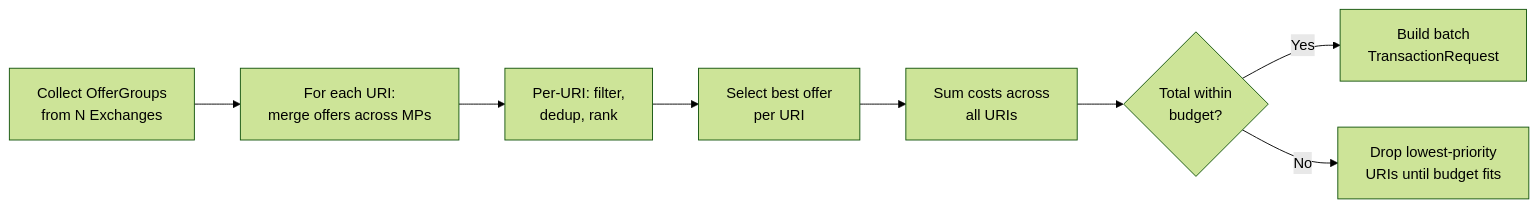
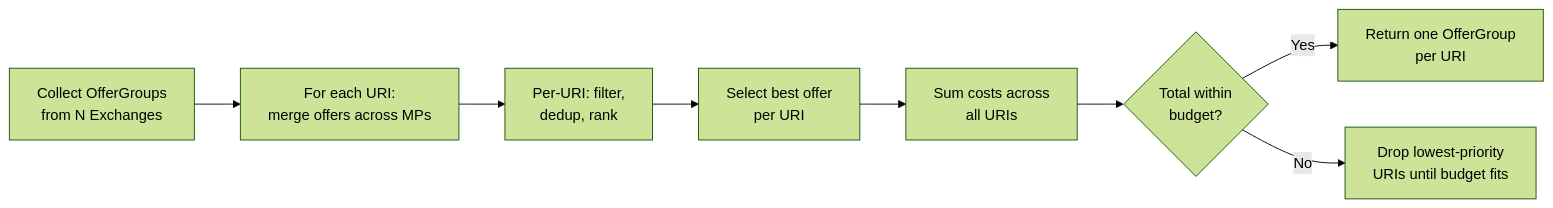
Before and after one commit to FORA-Protocol/protocol: the third of 4 diagrams in website/src/content/docs/components/broker/selection-engine.mdx, drawn with Mermaid (forest theme). The commit also changed other lines of this file and 23 other files, not shown here.

````diff
--- a/website/src/content/docs/components/broker/selection-engine.mdx
+++ b/website/src/content/docs/components/broker/selection-engine.mdx
@@ -166,10 +166,10 @@
 ```mermaid
 graph LR
     A[Collect OfferGroups<br/>from N Exchanges] --> B[For each URI:<br/>merge offers across MPs]
     B --> C[Per-URI: filter,<br/>dedup, rank]
     C --> D[Select best offer<br/>per URI]
     D --> E[Sum costs across<br/>all URIs]
     E --> F{Total within<br/>budget?}
-    F -->|Yes| G[Build batch<br/>TransactionRequest]
+    F -->|Yes| G[Return one OfferGroup<br/>per URI]
     F -->|No| H[Drop lowest-priority<br/>URIs until budget fits]
 ```
````
